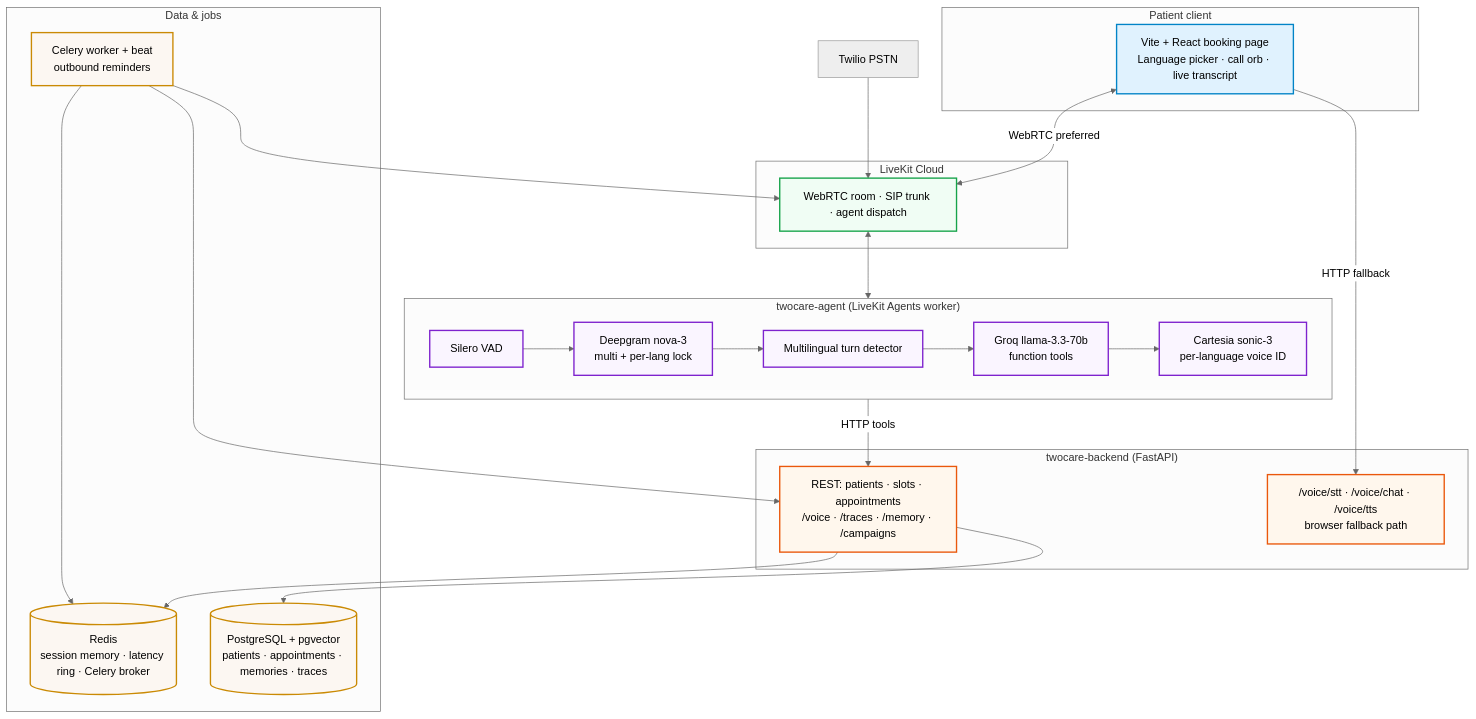
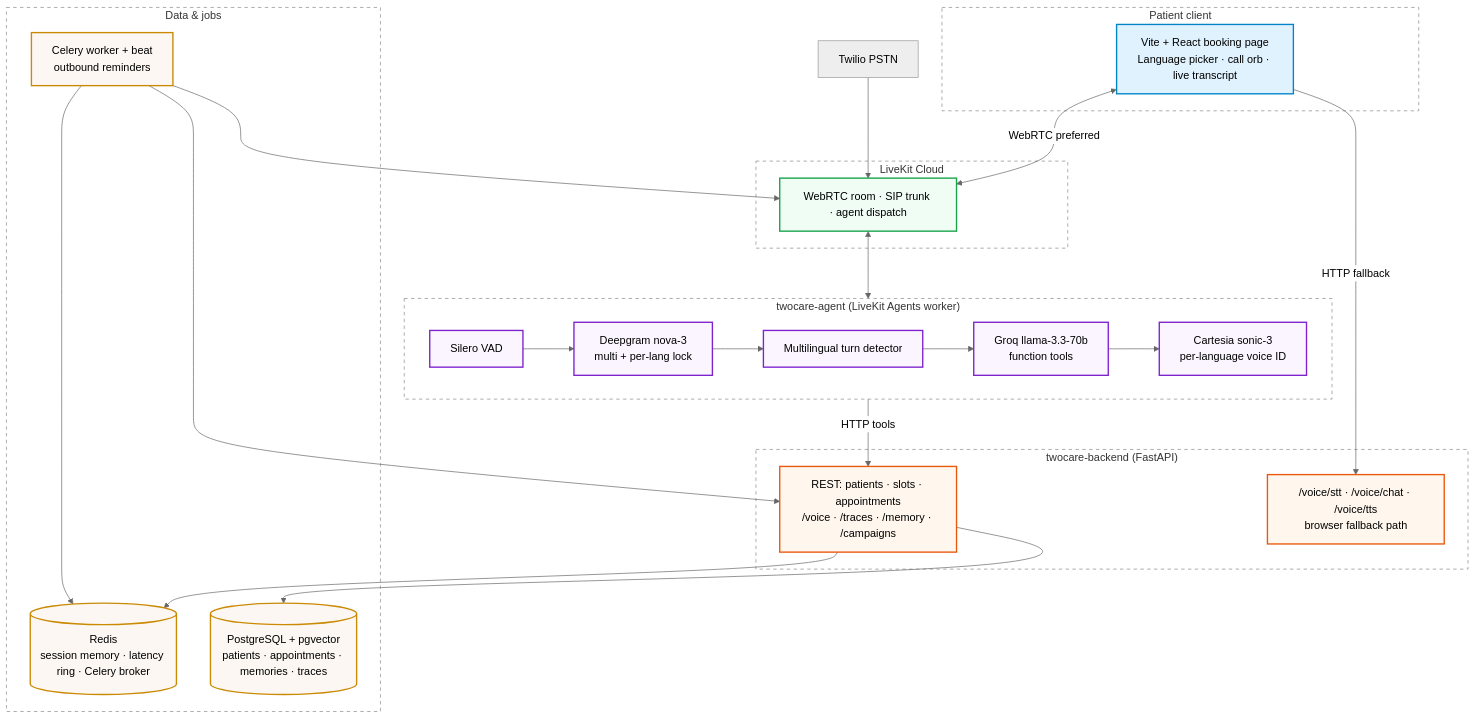
Before and after one commit to Gautam-Bharadwaj/2care.ai: the first of 2 diagrams in README.md, drawn with Mermaid (neutral theme).

Commit message:
docs: make mermaid subgraph backgrounds transparent

````diff
--- a/README.md
+++ b/README.md
@@ -26,53 +26,59 @@
 ```mermaid
 flowchart TD
     subgraph Client["Patient client"]
         FE["Vite + React booking page<br/>Language picker · call orb · live transcript"]
     end
 
     subgraph Media["LiveKit Cloud"]
         LK["WebRTC room · SIP trunk · agent dispatch"]
     end
 
     subgraph Agent["twocare-agent (LiveKit Agents worker)"]
         VAD["Silero VAD"]
         STT["Deepgram nova-3<br/>multi + per-lang lock"]
         TD["Multilingual turn detector"]
         LLM["Groq llama-3.3-70b<br/>function tools"]
         TTS["Cartesia sonic-3<br/>per-language voice ID"]
         VAD --> STT --> TD --> LLM --> TTS
     end
 
     subgraph Backend["twocare-backend (FastAPI)"]
         API["REST: patients · slots · appointments<br/>/voice · /traces · /memory · /campaigns"]
         VoiceFB["/voice/stt · /voice/chat · /voice/tts<br/>browser fallback path"]
     end
 
     subgraph Data["Data & jobs"]
         Redis[("Redis<br/>session memory · latency ring · Celery broker")]
         PG[("PostgreSQL + pgvector<br/>patients · appointments · memories · traces")]
         Worker["Celery worker + beat<br/>outbound reminders"]
     end
 
     Twilio["Twilio PSTN"] --> LK
     FE <-->|WebRTC preferred| LK
     FE -->|HTTP fallback| VoiceFB
     LK <--> Agent
     Agent -->|HTTP tools| API
     API --> Redis
     API --> PG
     Worker --> Redis
     Worker --> API
     Worker --> LK
 
     classDef client fill:#e0f2fe,stroke:#0284c7,stroke-width:2px;
     classDef media fill:#f0fdf4,stroke:#16a34a,stroke-width:2px;
     classDef agent fill:#faf5ff,stroke:#7e22ce,stroke-width:2px;
     classDef backend fill:#fff7ed,stroke:#ea580c,stroke-width:2px;
     classDef data fill:#fcf7f2,stroke:#ca8a04,stroke-width:2px;
 
     class FE client;
     class LK media;
     class VAD,STT,TD,LLM,TTS agent;
     class API,VoiceFB backend;
     class Redis,PG,Worker data;
+
+    style Client fill:none,stroke:#888,stroke-width:1px,stroke-dasharray: 5 5
+    style Media fill:none,stroke:#888,stroke-width:1px,stroke-dasharray: 5 5
+    style Agent fill:none,stroke:#888,stroke-width:1px,stroke-dasharray: 5 5
+    style Backend fill:none,stroke:#888,stroke-width:1px,stroke-dasharray: 5 5
+    style Data fill:none,stroke:#888,stroke-width:1px,stroke-dasharray: 5 5
 ```
````
